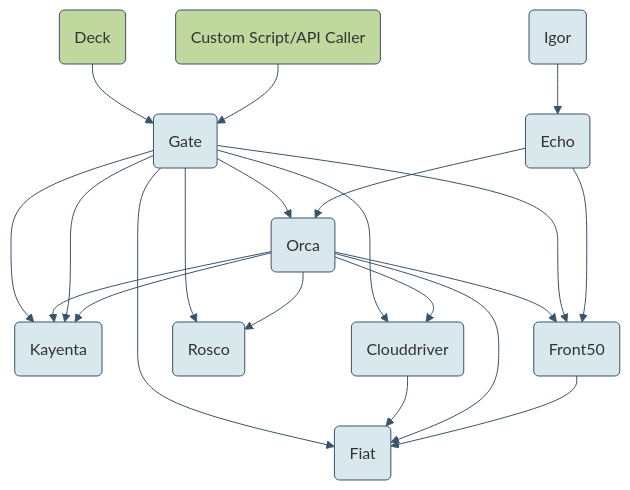
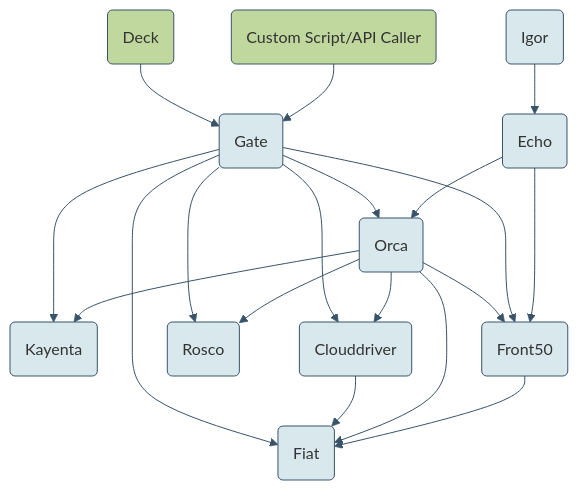
The diagram in reference/architecture/index.md (spinnaker/spinnaker.github.io), drawn with Mermaid before and after one commit.

Commit message:
fix(docs): Remove duplicate edges in dependency graph

```diff
--- a/reference/architecture/index.md
+++ b/reference/architecture/index.md
@@ -69,30 +69,28 @@
  <div class="mermaid">
  graph TB
 
  deck(Deck) --> gate;
  api(Custom Script/API Caller) --> gate(Gate);
  gate --> kayenta(Kayenta);
- orca --> kayenta(Kayenta);
  gate --> orca(Orca);
  gate --> clouddriver(Clouddriver);
  orca --> clouddriver;
  gate --> rosco(Rosco);
  orca --> front50;
- orca --> rosco
+ orca --> rosco;
  gate --> front50(Front50);
  gate --> fiat(Fiat);
- gate --> kayenta(Kayenta);
  orca --> kayenta;
  clouddriver --> fiat;
  orca --> fiat;
  front50 --> fiat;
  echo(Echo) --> orca;
  echo --> front50;
  igor(Igor) --> echo;
 
  classDef default fill:#d8e8ec,stroke:#39546a;
  linkStyle default stroke:#39546a,stroke-width:1px,fill:none;
 
  classDef external fill:#c0d89d,stroke:#39546a;
  class deck,api external
  </div>
```
